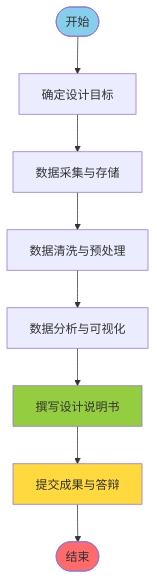
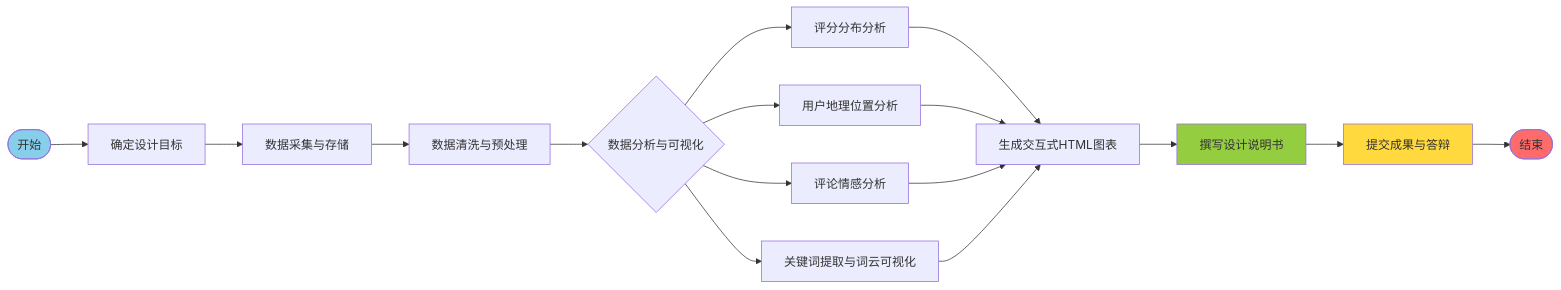
The diagram in all/未命名-7.md (may3rr/iodraw-files), drawn with Mermaid before and after one commit.

Commit message:
2024-11-22 12:57:08 update

````diff
--- a/all/未命名-7.md
+++ b/all/未命名-7.md
@@ -1,16 +1,27 @@
 ```mermaid
-flowchart TD
+flowchart LR
     A([开始]) --> B[确定设计目标]
     B --> C[数据采集与存储]
     C --> D[数据清洗与预处理]
-    D --> E[数据分析与可视化]
-    E --> F[撰写设计说明书]
-    F --> G[提交成果与答辩]
-    G --> Z([结束])
+    D --> E{数据分析与可视化}
+    
+    E --> F[评分分布分析]
+    E --> G[用户地理位置分析]
+    E --> H[评论情感分析]
+    E --> I[关键词提取与词云可视化]
+    
+    F --> J[生成交互式HTML图表]
+    G --> J
+    H --> J
+    I --> J
+    
+    J --> K[撰写设计说明书]
+    K --> L[提交成果与答辩]
+    L --> Z([结束])
 
     style A fill:#87CEEB
     style Z fill:#FF6B6B
-    style G fill:#FFD93D
-    style F fill:#95CD41
+    style L fill:#FFD93D
+    style K fill:#95CD41
 
 ```
````
